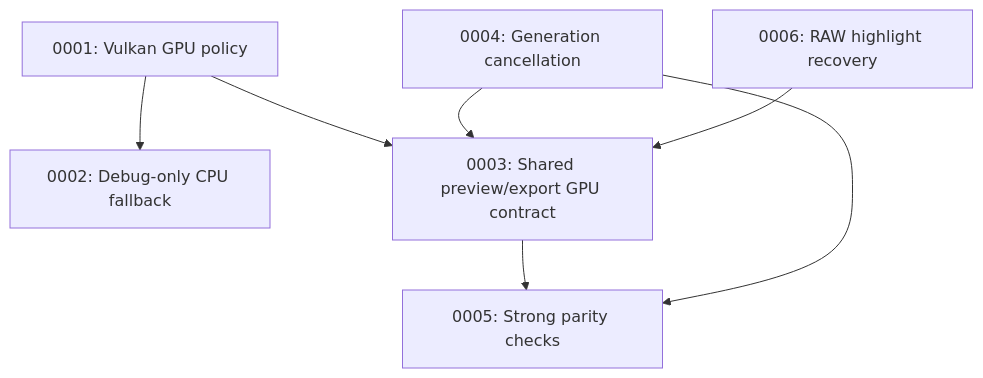
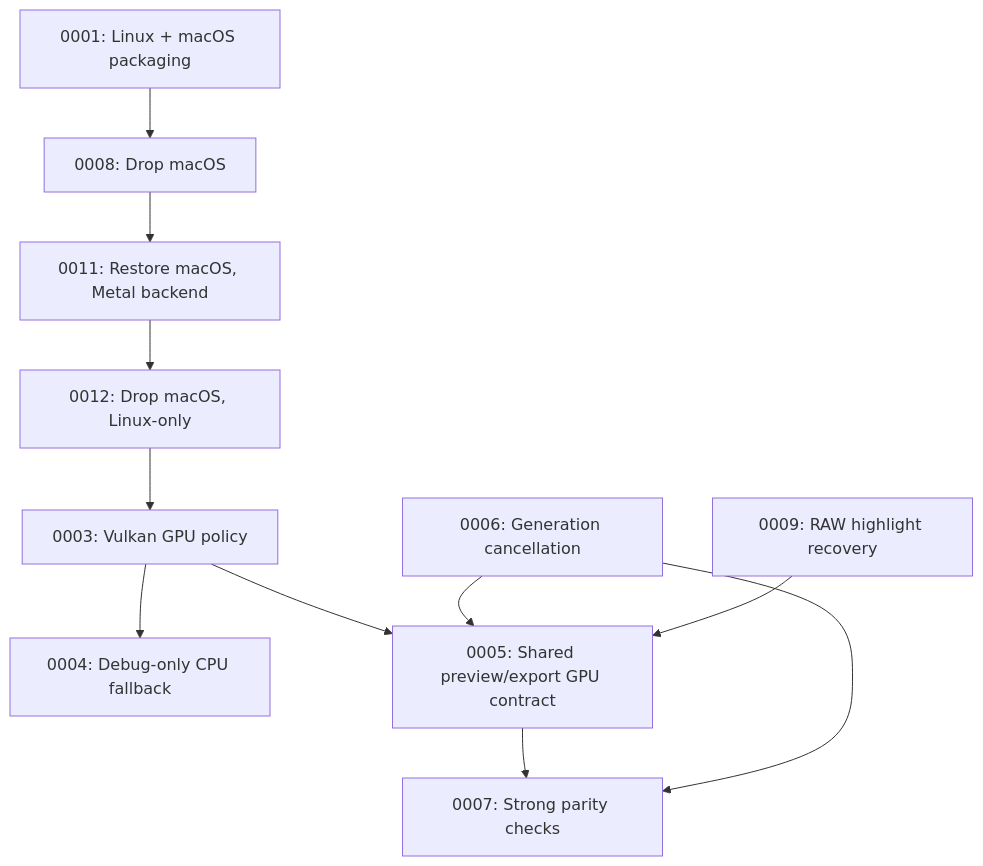
The diagram in docs/adr/README.md (divanvisagie/Photograph), drawn with Mermaid before and after one commit. The commit also changed other lines of this file and 16 other files, not shown here.

````diff
--- a/docs/adr/README.md
+++ b/docs/adr/README.md
@@ -25,9 +56,13 @@
 ```mermaid
 flowchart TD
-    A[0001: Vulkan GPU policy] --> B[0002: Debug-only CPU fallback]
-    A --> C[0003: Shared preview/export GPU contract]
-    C --> E[0005: Strong parity checks]
-    D[0004: Generation cancellation] --> C
+    P1[0001: Linux + macOS packaging] --> P8[0008: Drop macOS]
+    P8 --> P11[0011: Restore macOS, Metal backend]
+    P11 --> P12[0012: Drop macOS, Linux-only]
+    P12 --> A[0003: Vulkan GPU policy]
+    A --> B[0004: Debug-only CPU fallback]
+    A --> C[0005: Shared preview/export GPU contract]
+    C --> E[0007: Strong parity checks]
+    D[0006: Generation cancellation] --> C
     D --> E
-    F[0006: RAW highlight recovery] --> C
+    F[0009: RAW highlight recovery] --> C
 ```
````
